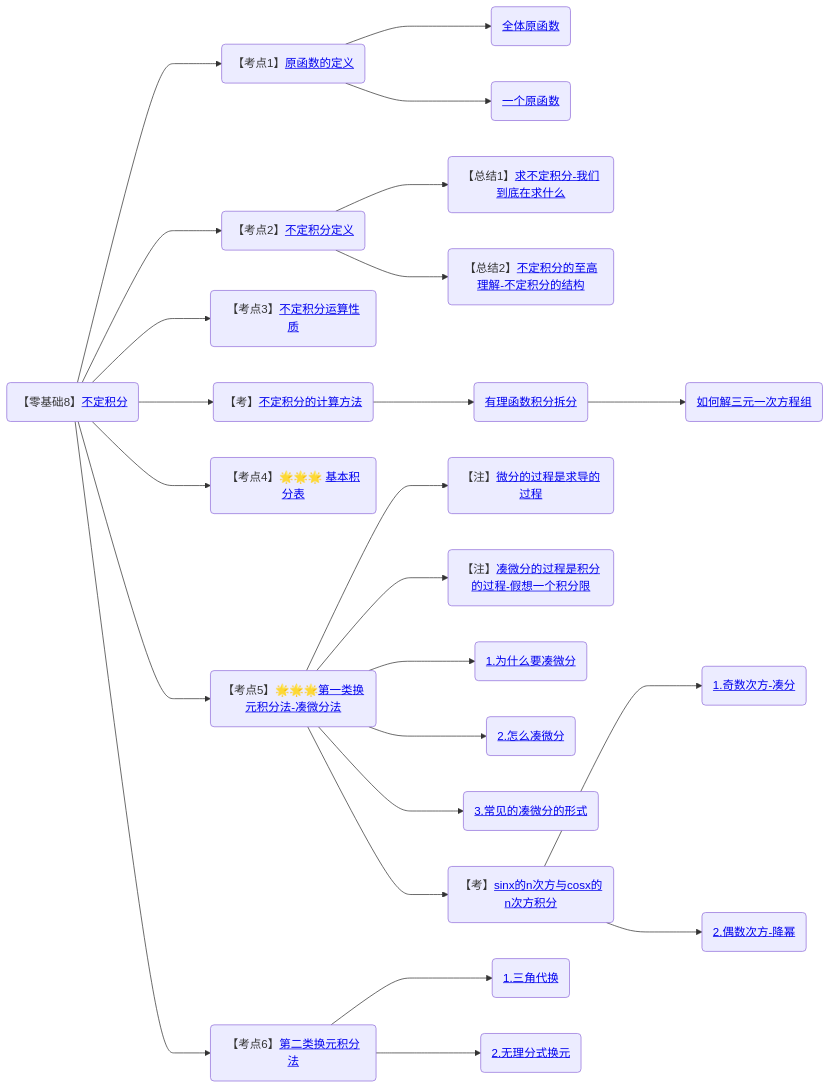
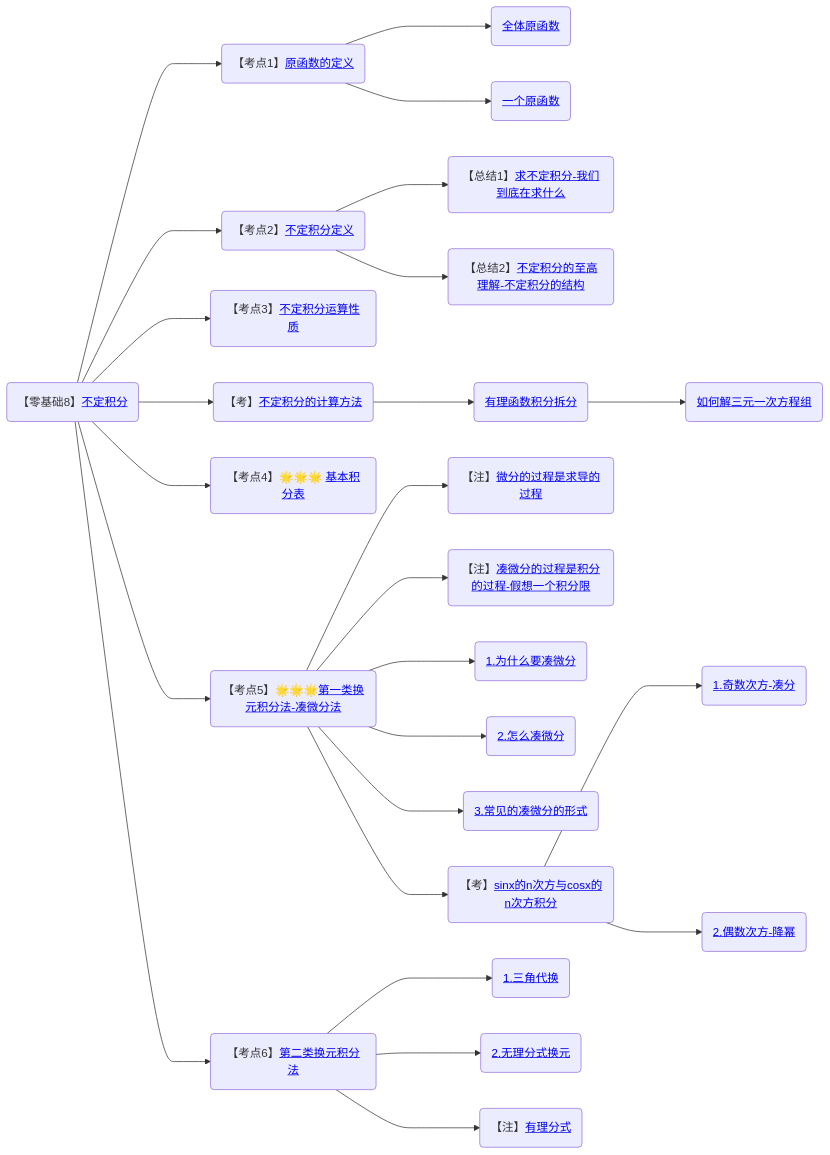
The tenth of 11 diagrams in 笔记/数学/周洋鑫/框架.md (yuebinghui/note), drawn with Mermaid before and after one commit. The commit also changed 7 other files, not shown here.

````diff
--- a/笔记/数学/周洋鑫/框架.md
+++ b/笔记/数学/周洋鑫/框架.md
@@ -301,35 +301,36 @@
 ```mermaid
 graph LR
 
 不定积分(【零基础8】<a target="_blank"  href="/Users/yuebinghui/Documents/program/github/note/笔记/数学/周洋鑫/13.零基础核心考点精讲12-1.md#不定积分">不定积分</>)
 
 不定积分--->原函数的定义(【考点1】<a  href="/Users/yuebinghui/Documents/program/github/note/笔记/数学/周洋鑫/13.零基础核心考点精讲12-1.md#原函数的定义">原函数的定义</>)
 原函数的定义--->全体原函数(<a target="_blank"  href="/Users/yuebinghui/Documents/program/github/note/笔记/数学/周洋鑫/13.零基础核心考点精讲12-1.md#全体原函数">全体原函数</>)
 原函数的定义--->一个原函数(<a target="_blank"  href="/Users/yuebinghui/Documents/program/github/note/笔记/数学/周洋鑫/13.零基础核心考点精讲12-1.md#一个原函数">一个原函数</>)
 
 不定积分--->不定积分定义(【考点2】<a target="_blank"  href="/Users/yuebinghui/Documents/program/github/note/笔记/数学/周洋鑫/13.零基础核心考点精讲12-1.md#不定积分定义">不定积分定义</>)
 不定积分定义--->求不定积分-我们到底在求什么(【总结1】<a target="_blank"  href="/Users/yuebinghui/Documents/program/github/note/笔记/数学/周洋鑫/13.零基础核心考点精讲12-1.md#求不定积分-我们到底在求什么">求不定积分-我们到底在求什么</>)
 不定积分定义--->不定积分的至高理解-不定积分的结构(【总结2】<a target="_blank"  href="/Users/yuebinghui/Documents/program/github/note/笔记/数学/周洋鑫/13.零基础核心考点精讲12-1.md#不定积分的至高理解-不定积分的结构">不定积分的至高理解-不定积分的结构</>)
 
 不定积分--->不定积分运算性质(【考点3】<a target="_blank"  href="/Users/yuebinghui/Documents/program/github/note/笔记/数学/周洋鑫/13.零基础核心考点精讲12-1.md#不定积分运算性质">不定积分运算性质</>)
 
 不定积分--->不定积分的计算方法(【考】<a target="_blank"  href="/Users/yuebinghui/Documents/program/github/note/笔记/数学/周洋鑫/13.零基础核心考点精讲12-1.md#不定积分的计算方法">不定积分的计算方法</>)
 不定积分的计算方法--->有理函数积分拆分(<a target="_blank"  href="/Users/yuebinghui/Documents/program/github/note/笔记/数学/周洋鑫/13.零基础核心考点精讲12-1.md#有理函数积分拆分">有理函数积分拆分</>)
 有理函数积分拆分--->如何解三元一次方程组(<a target="_blank"  href="/Users/yuebinghui/Documents/program/github/note/笔记/数学/周洋鑫/13.零基础核心考点精讲12-1.md#如何解三元一次方程组">如何解三元一次方程组</>)
 
 不定积分--->基本积分表(【考点4】🌟🌟🌟 <a target="_blank"  href="/Users/yuebinghui/Documents/program/github/note/笔记/数学/周洋鑫/13.零基础核心考点精讲12-1.md#基本积分表">基本积分表</>)
 
 不定积分--->第一类换元积分法-凑微分法(【考点5】🌟🌟🌟<a target="_blank"  href="/Users/yuebinghui/Documents/program/github/note/笔记/数学/周洋鑫/13.零基础核心考点精讲12-1.md#第一类换元积分法-凑微分法">第一类换元积分法-凑微分法</>)
 第一类换元积分法-凑微分法--->微分的过程是求导的过程(【注】<a target="_blank"  href="/Users/yuebinghui/Documents/program/github/note/笔记/数学/周洋鑫/13.零基础核心考点精讲12-1.md#微分的过程是求导的过程">微分的过程是求导的过程</>)
 第一类换元积分法-凑微分法--->凑微分的过程是积分的过程-假想一个积分限(【注】<a  target="_blank" href="/Users/yuebinghui/Documents/program/github/note/笔记/数学/周洋鑫/13.零基础核心考点精讲12-1.md#凑微分的过程是积分的过程-假想一个积分限">凑微分的过程是积分的过程-假想一个积分限</>)
 第一类换元积分法-凑微分法--->1.为什么要凑微分(<a target="_blank"  href="/Users/yuebinghui/Documents/program/github/note/笔记/数学/周洋鑫/13.零基础核心考点精讲12-1.md#1.为什么要凑微分">1.为什么要凑微分</>)
 第一类换元积分法-凑微分法--->2.怎么凑微分(<a target="_blank"  href="/Users/yuebinghui/Documents/program/github/note/笔记/数学/周洋鑫/13.零基础核心考点精讲12-1.md#2.怎么凑微分">2.怎么凑微分</>)
 第一类换元积分法-凑微分法--->3.常见的凑微分的形式(<a href="/Users/yuebinghui/Documents/program/github/note/笔记/数学/周洋鑫/13.零基础核心考点精讲12-1.md#3.常见的凑微分的形式">3.常见的凑微分的形式</>)
 第一类换元积分法-凑微分法--->sinx的n次方与cosx的n次方积分(【考】<a href="/Users/yuebinghui/Documents/program/github/note/笔记/数学/周洋鑫/14.零基础核心考点精讲13-1.md#sinx的n次方与cosx的n次方积分">sinx的n次方与cosx的n次方积分</>)
 sinx的n次方与cosx的n次方积分--->1.奇数次方-凑分(<a href="/Users/yuebinghui/Documents/program/github/note/笔记/数学/周洋鑫/14.零基础核心考点精讲13-1.md#1.奇数次方-凑分">1.奇数次方-凑分</>)
 sinx的n次方与cosx的n次方积分--->2.偶数次方-降幂(<a href="/Users/yuebinghui/Documents/program/github/note/笔记/数学/周洋鑫/14.零基础核心考点精讲13-1.md#2.偶数次方-降幂">2.偶数次方-降幂</>)
 
 不定积分---> 第二类换元积分法(【考点6】<a href="/Users/yuebinghui/Documents/program/github/note/笔记/数学/周洋鑫/14.零基础核心考点精讲13-1.md#第二类换元积分法">第二类换元积分法</>)
 第二类换元积分法---> 1.三角代换(<a href="/Users/yuebinghui/Documents/program/github/note/笔记/数学/周洋鑫/14.零基础核心考点精讲13-1.md#1.三角代换">1.三角代换</>)
 第二类换元积分法---> 2.无理分式换元(<a href="/Users/yuebinghui/Documents/program/github/note/笔记/数学/周洋鑫/14.零基础核心考点精讲13-1.md#2.无理分式换元">2.无理分式换元</>)
+第二类换元积分法---> 有理分式(【注】<a href="/Users/yuebinghui/Documents/program/github/note/笔记/数学/周洋鑫/14.零基础核心考点精讲13-1.md#有理分式">有理分式</>)
 ```
````
